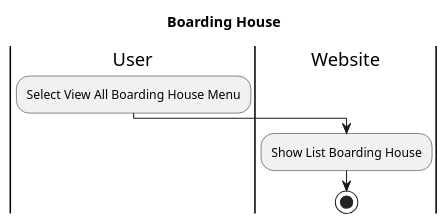
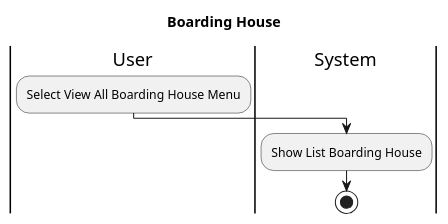
Before and after one commit to AntWort21/BHFMS: the diagram in Design/BHFMS_ACTIVITY/Boarding House (User) View.puml, drawn with PlantUML. The commit also changed 9 other files, not shown here.

Commit message:
separated wishlist -> add to wishlist and view wishlist, changed all website to system

```diff
--- a/Design/BHFMS_ACTIVITY/Boarding House (User) View.puml
+++ b/Design/BHFMS_ACTIVITY/Boarding House (User) View.puml
@@ -1,9 +1,9 @@
 @startuml
 title Boarding House
 |User|
     :Select View All Boarding House Menu;
     
-|Website|
+|System|
     :Show List Boarding House;
     stop
 @enduml
```
